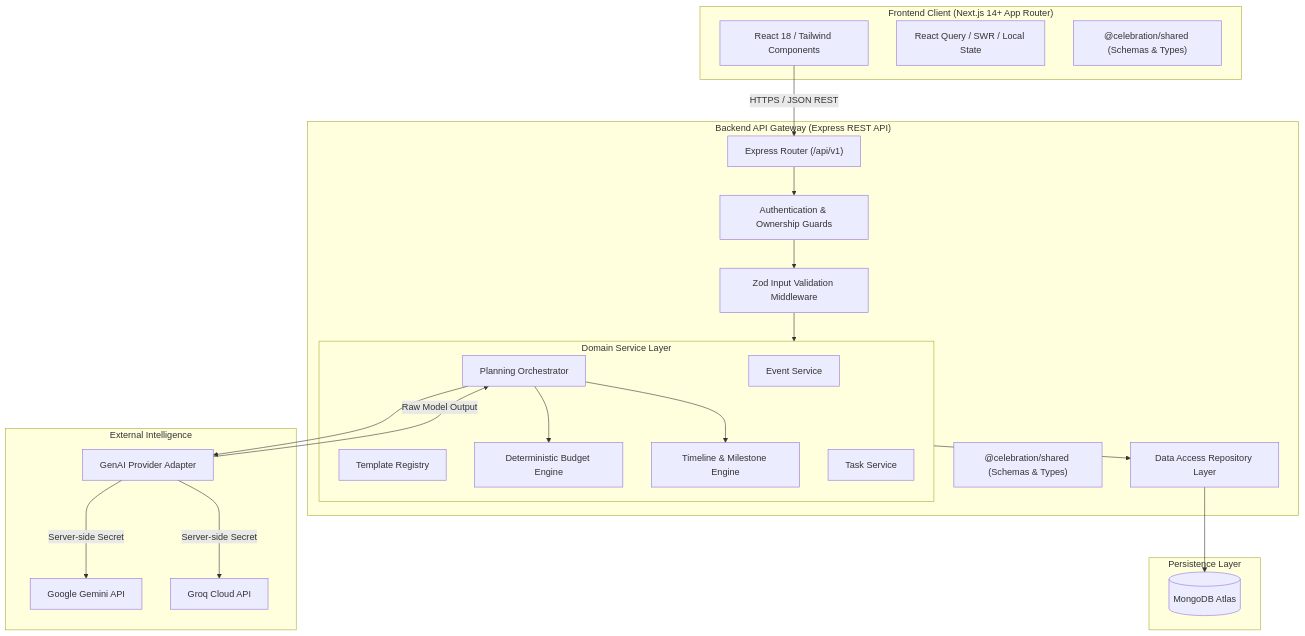
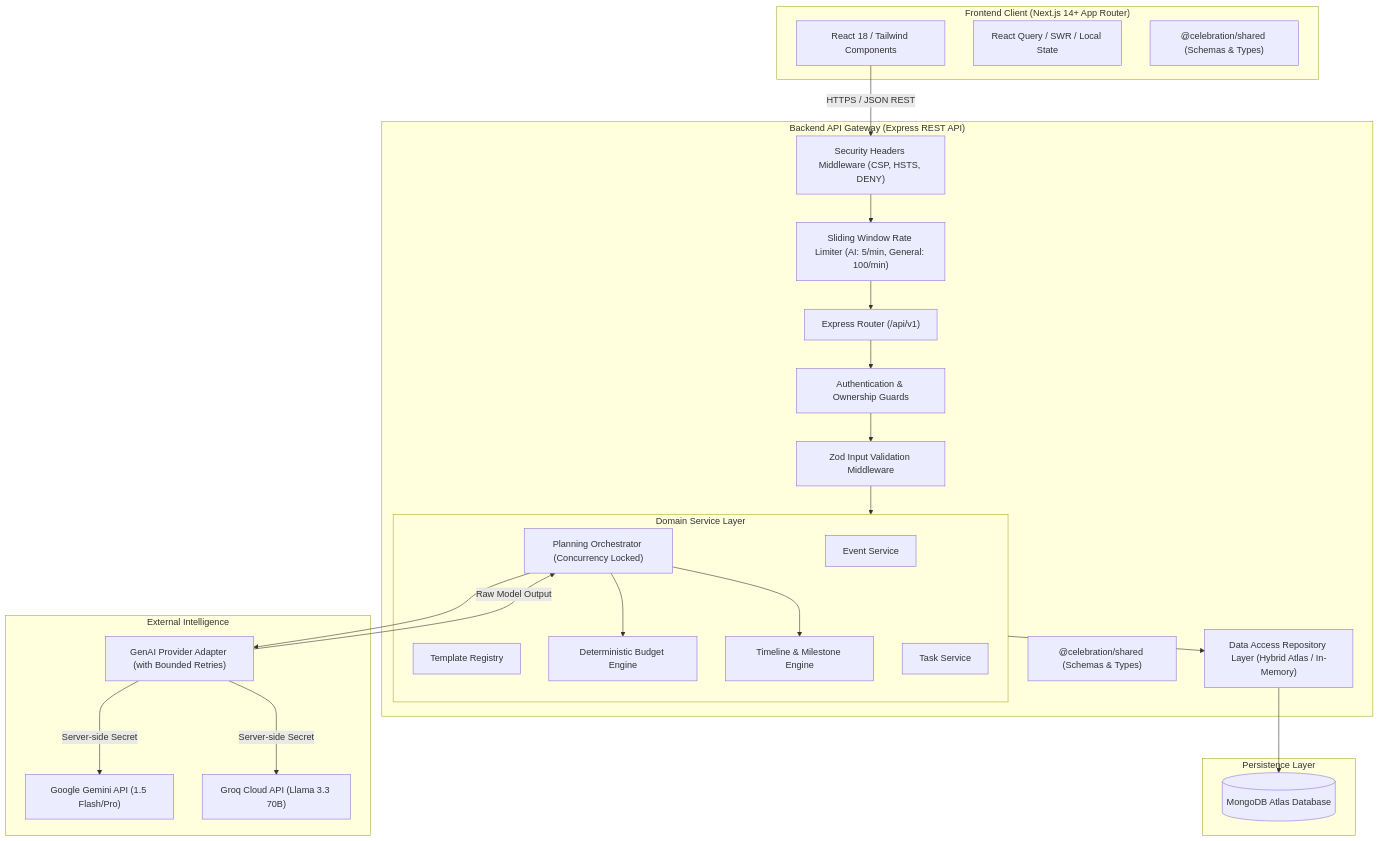
One commit to AnuragMishra1234/pw-chal05 changed the first of 4 diagrams in ARCHITECTURE.md. Above: the diagram before and after it, drawn with Mermaid. The commit also changed other lines of this file and 23 other files, not shown here.

````diff
--- a/ARCHITECTURE.md
+++ b/ARCHITECTURE.md
@@ -12,47 +12,51 @@
 ```mermaid
 flowchart TB
     subgraph ClientLayer["Frontend Client (Next.js 14+ App Router)"]
         UIApp["React 18 / Tailwind Components"]
         ClientState["React Query / SWR / Local State"]
         SharedClient["@celebration/shared (Schemas & Types)"]
     end
 
     subgraph APILayer["Backend API Gateway (Express REST API)"]
+        SecurityHeaders["Security Headers Middleware (CSP, HSTS, DENY)"]
+        RateLimiter["Sliding Window Rate Limiter (AI: 5/min, General: 100/min)"]
         HTTPRouter["Express Router (/api/v1)"]
         AuthGuards["Authentication & Ownership Guards"]
         ZodValidator["Zod Input Validation Middleware"]
         
         subgraph DomainServices["Domain Service Layer"]
             EventMgr["Event Service"]
             TemplateReg["Template Registry"]
-            PlanningOrch["Planning Orchestrator"]
+            PlanningOrch["Planning Orchestrator (Concurrency Locked)"]
             BudgetCalc["Deterministic Budget Engine"]
             TimelineCalc["Timeline & Milestone Engine"]
             TaskMgr["Task Service"]
         end
         
-        RepoLayer["Data Access Repository Layer"]
+        RepoLayer["Data Access Repository Layer (Hybrid Atlas / In-Memory)"]
         SharedServer["@celebration/shared (Schemas & Types)"]
     end
 
     subgraph DataLayer["Persistence Layer"]
-        MongoDB[("MongoDB Atlas")]
+        MongoDB[("MongoDB Atlas Database")]
     end
 
     subgraph ExternalServices["External Intelligence"]
-        AIAdapter["GenAI Provider Adapter"]
-        GeminiAPI["Google Gemini API"]
-        GroqAPI["Groq Cloud API"]
+        AIAdapter["GenAI Provider Adapter (with Bounded Retries)"]
+        GeminiAPI["Google Gemini API (1.5 Flash/Pro)"]
+        GroqAPI["Groq Cloud API (Llama 3.3 70B)"]
     end
 
-    UIApp -->|HTTPS / JSON REST| HTTPRouter
+    UIApp -->|HTTPS / JSON REST| SecurityHeaders
+    SecurityHeaders --> RateLimiter
+    RateLimiter --> HTTPRouter
     HTTPRouter --> AuthGuards --> ZodValidator
     ZodValidator --> DomainServices
     DomainServices --> RepoLayer --> MongoDB
     PlanningOrch --> AIAdapter
     AIAdapter -->|Server-side Secret| GeminiAPI
     AIAdapter -->|Server-side Secret| GroqAPI
     AIAdapter -->|Raw Model Output| PlanningOrch
     PlanningOrch --> BudgetCalc
     PlanningOrch --> TimelineCalc
 ```
````
